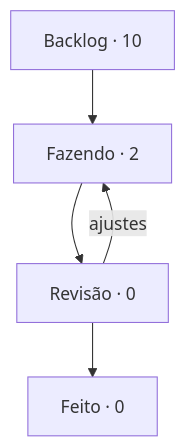
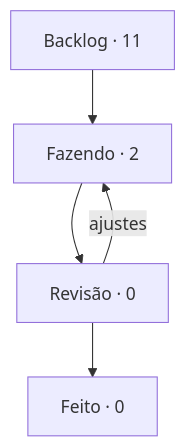
Before and after one commit to StudioVibi/VibiKanban: the diagram in boards/dungeon-bend/BOARD.md, drawn with Mermaid. The commit also changed other lines of this file and 2 other files, not shown here.

````diff
--- a/boards/dungeon-bend/BOARD.md
+++ b/boards/dungeon-bend/BOARD.md
@@ -5,10 +5,10 @@
 ```mermaid
 flowchart TD
-  backlog["Backlog · 10"] --> doing["Fazendo · 2"]
+  backlog["Backlog · 11"] --> doing["Fazendo · 2"]
   doing --> review["Revisão · 0"]
   review --> done["Feito · 0"]
   review -->|ajustes| doing
   doing:::blue
   review:::yellow
   done:::green
 ```
````
